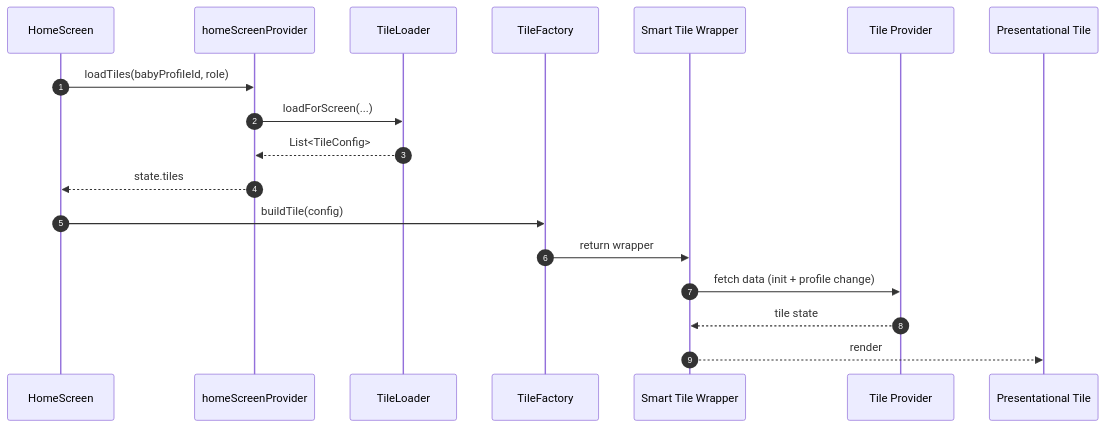
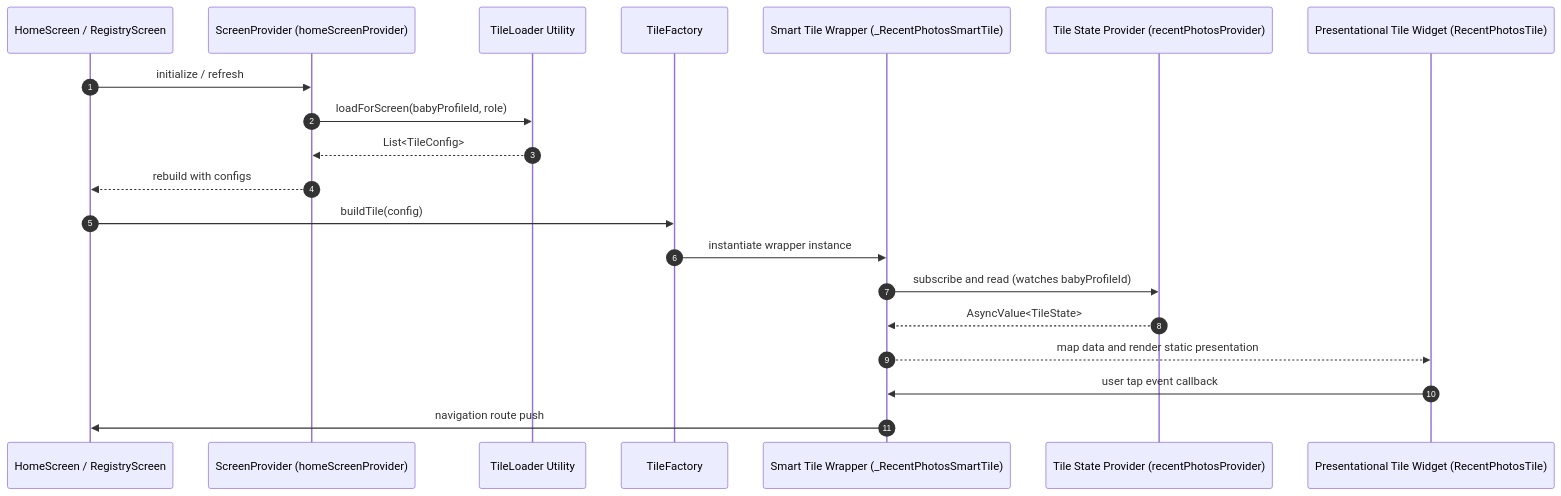
One commit to dipan0saha/nonna_app changed the fifth of 7 diagrams in docs/99_master_reference_docs/Nonna_App_Architecture_Diagrams.md. Above: the diagram before and after it, drawn with Mermaid. The commit also changed other lines of this file and 5 other files, not shown here.

````diff
--- a/docs/99_master_reference_docs/Nonna_App_Architecture_Diagrams.md
+++ b/docs/99_master_reference_docs/Nonna_App_Architecture_Diagrams.md
@@ -126,21 +181,23 @@
 ```mermaid
 sequenceDiagram
   autonumber
-  participant Home as HomeScreen
-  participant Provider as homeScreenProvider
-  participant Loader as TileLoader
+  participant Screen as HomeScreen / RegistryScreen
+  participant Provider as ScreenProvider (homeScreenProvider)
+  participant Loader as TileLoader Utility
   participant Factory as TileFactory
-  participant Smart as Smart Tile Wrapper
-  participant Data as Tile Provider
-  participant Widget as Presentational Tile
+  participant Smart as Smart Tile Wrapper (_RecentPhotosSmartTile)
+  participant Data as Tile State Provider (recentPhotosProvider)
+  participant UI as Presentational Tile Widget (RecentPhotosTile)
 
-  Home->>Provider: loadTiles(babyProfileId, role)
-  Provider->>Loader: loadForScreen(...)
+  Screen->>Provider: initialize / refresh
+  Provider->>Loader: loadForScreen(babyProfileId, role)
   Loader-->>Provider: List<TileConfig>
-  Provider-->>Home: state.tiles
-  Home->>Factory: buildTile(config)
-  Factory->>Smart: return wrapper
-  Smart->>Data: fetch data (init + profile change)
-  Data-->>Smart: tile state
-  Smart-->>Widget: render
+  Provider-->>Screen: rebuild with configs
+  Screen->>Factory: buildTile(config)
+  Factory->>Smart: instantiate wrapper instance
+  Smart->>Data: subscribe and read (watches babyProfileId)
+  Data-->>Smart: AsyncValue<TileState>
+  Smart-->>UI: map data and render static presentation
+  UI->>Smart: user tap event callback
+  Smart->>Screen: navigation route push
 ```
````
